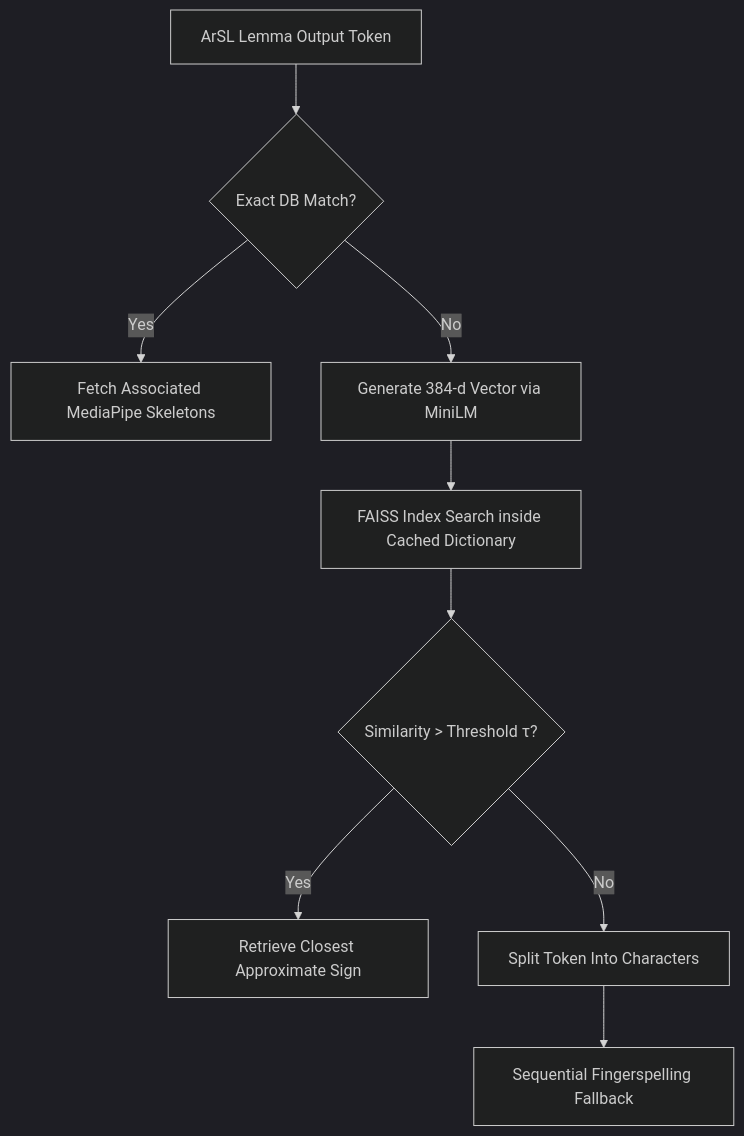
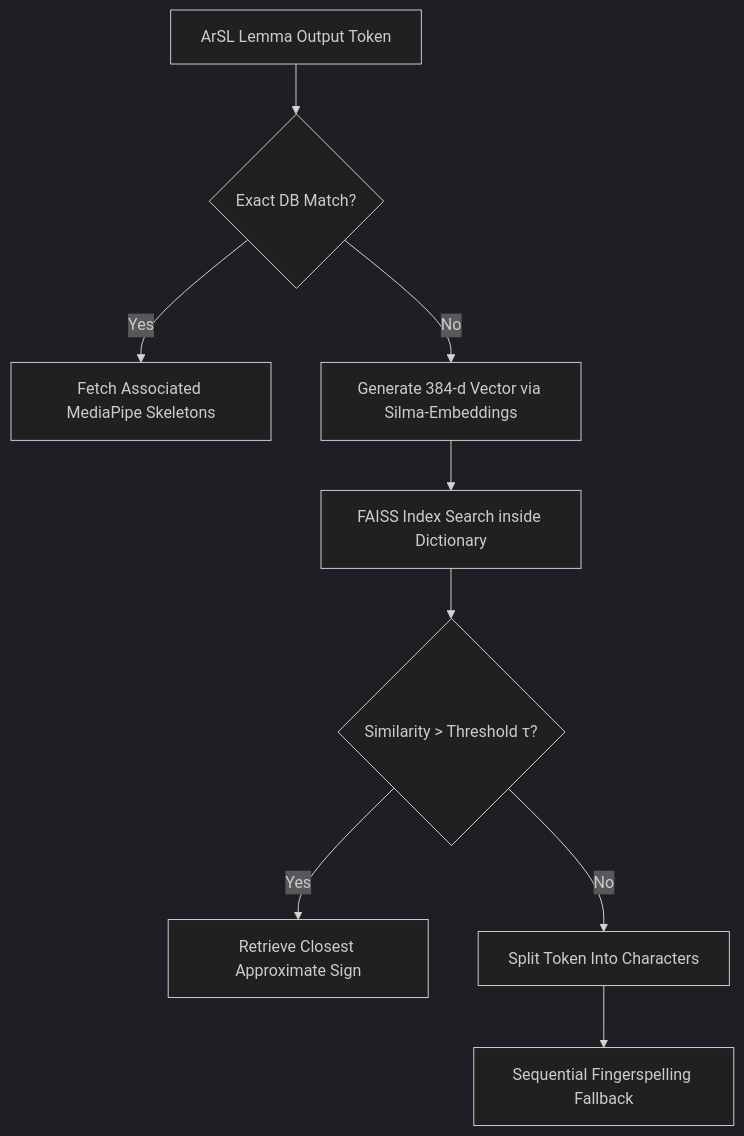
One commit to emannjoum/arabic-to-sign-language-system changed the second of 2 diagrams in README.md. Above: the diagram before and after it, drawn with Mermaid (dark theme). The commit also changed other lines of this file, not shown here.

````diff
--- a/README.md
+++ b/README.md
@@ -92,11 +92,11 @@
 ```mermaid
 graph TD
     Start[ArSL Lemma Output Token] --> Match{Exact DB Match?}
     Match -->|Yes| Fetch[Fetch Associated MediaPipe Skeletons]
-    Match -->|No| Vector[Generate 384-d Vector via MiniLM]
-    Vector --> FAISS[FAISS Index Search inside Cached Dictionary]
+    Match -->|No| Vector[Generate 384-d Vector via Silma-Embeddings]
+    Vector --> FAISS[FAISS Index Search inside Dictionary]
     FAISS --> Thresh{Similarity > Threshold τ?}
     Thresh -->|Yes| Syn[Retrieve Closest Approximate Sign]
     Thresh -->|No| Split[Split Token Into Characters]
     Split --> Fallback[Sequential Fingerspelling Fallback]
 ```
````
